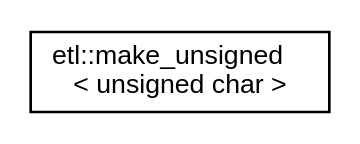
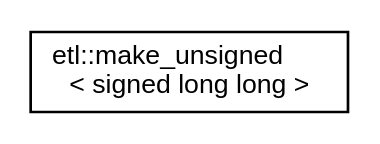
Before and after one commit to tobanteAudio/taetl: the diagram in inherit_graph_46.dot, drawn with Graphviz. The commit also changed 263 other files, not shown here.

```diff
--- a/inherit_graph_46.dot
+++ b/inherit_graph_46.dot
@@ -1,7 +1,7 @@
 digraph "Graphical Class Hierarchy"
 {
   edge [fontname="Helvetica",fontsize="10",labelfontname="Helvetica",labelfontsize="10"];
   node [fontname="Helvetica",fontsize="10",shape=record];
   rankdir="LR";
-  Node0 [label="etl::make_unsigned\l\< unsigned char \>",height=0.2,width=0.4,color="black", fillcolor="white", style="filled",URL="$structetl_1_1make__unsigned_3_01unsigned_01char_01_4.html"];
+  Node0 [label="etl::make_unsigned\l\< signed long long \>",height=0.2,width=0.4,color="black", fillcolor="white", style="filled",URL="$structetl_1_1make__unsigned_3_01signed_01long_01long_01_4.html"];
 }
```
